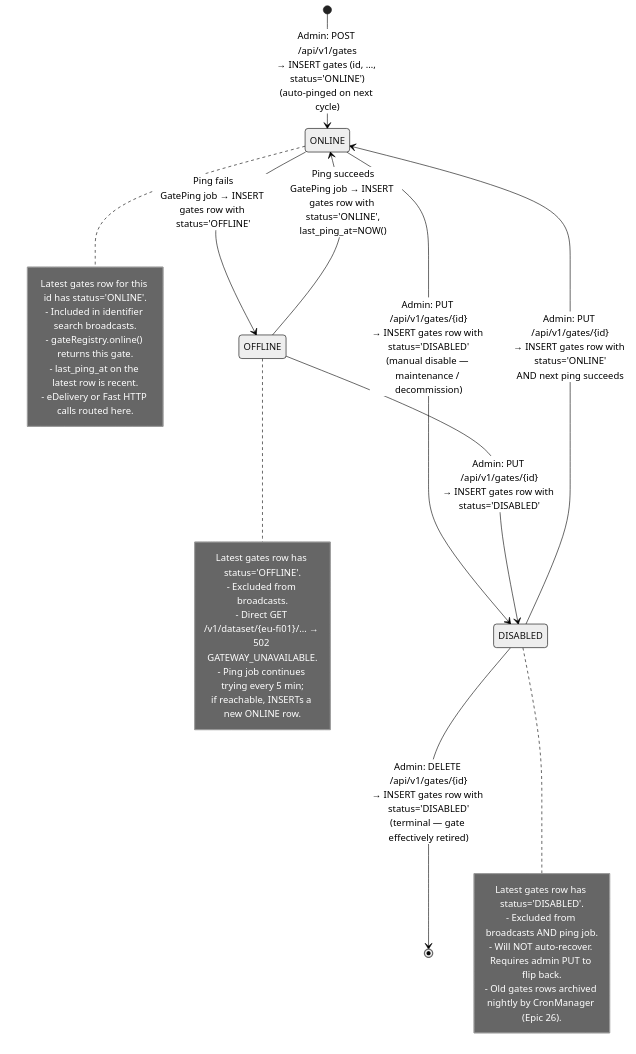
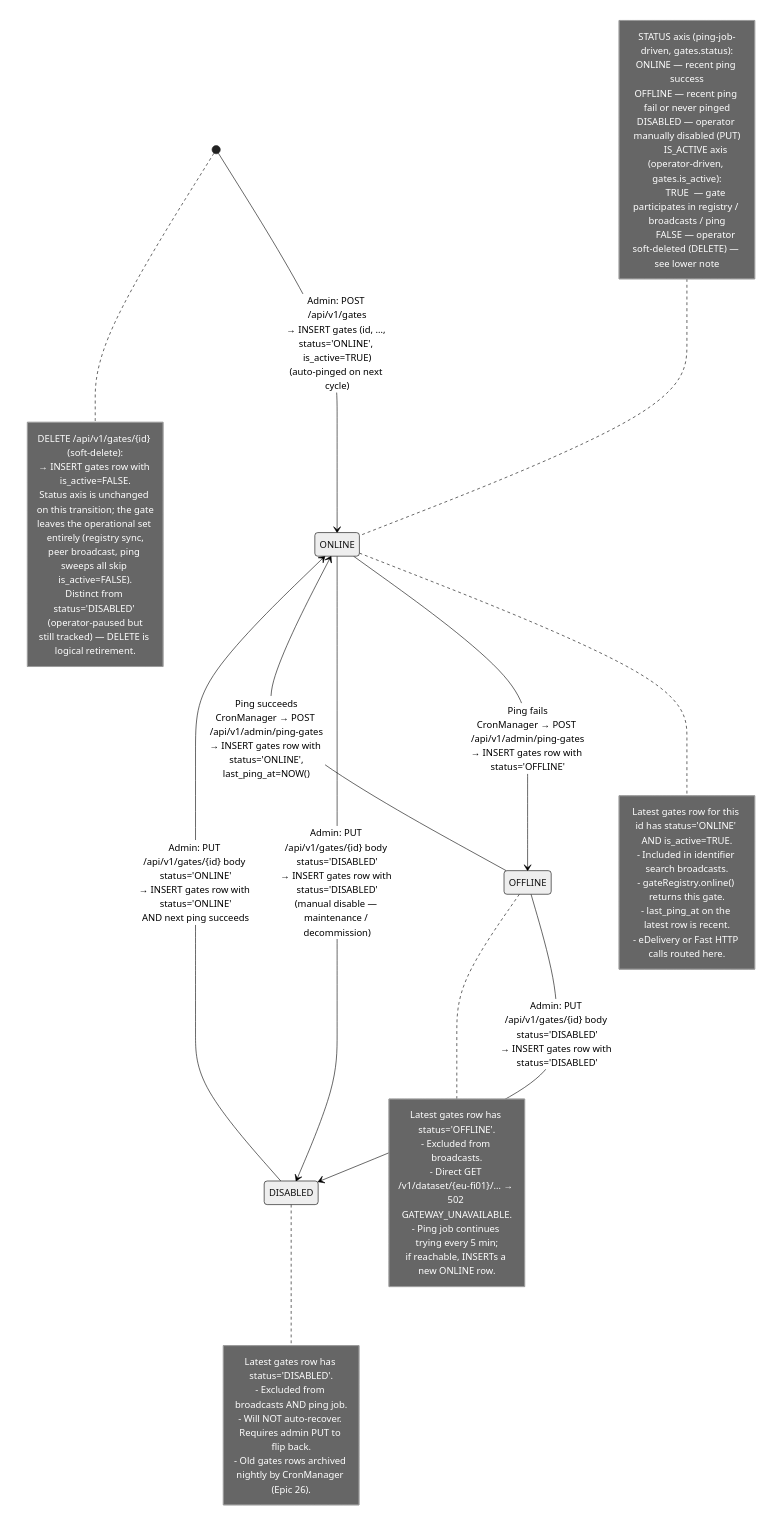
The diagram in docs/specs/diagrams/state-05-gate-health.mmd (kemit-ee/efti-gate-ee), drawn with Mermaid (neutral theme) before and after one commit. The commit also changed 26 other files, not shown here.

```diff
--- a/docs/specs/diagrams/state-05-gate-health.mmd
+++ b/docs/specs/diagrams/state-05-gate-health.mmd
@@ -1,37 +1,56 @@
 stateDiagram-v2
-    [*] --> ONLINE: Admin: POST /api/v1/gates<br/>→ INSERT gates (id, …, status='ONLINE')<br/>(auto-pinged on next cycle)
+    [*] --> ONLINE: Admin: POST /api/v1/gates<br/>→ INSERT gates (id, …, status='ONLINE', is_active=TRUE)<br/>(auto-pinged on next cycle)
 
-    ONLINE --> OFFLINE: Ping fails<br/>GatePing job → INSERT gates row with status='OFFLINE'
+    ONLINE --> OFFLINE: Ping fails<br/>CronManager → POST /api/v1/admin/ping-gates<br/>→ INSERT gates row with status='OFFLINE'
 
-    OFFLINE --> ONLINE: Ping succeeds<br/>GatePing job → INSERT gates row with status='ONLINE',<br/>last_ping_at=NOW()
+    OFFLINE --> ONLINE: Ping succeeds<br/>CronManager → POST /api/v1/admin/ping-gates<br/>→ INSERT gates row with status='ONLINE',<br/>last_ping_at=NOW()
 
-    ONLINE --> DISABLED: Admin: PUT /api/v1/gates/{id}<br/>→ INSERT gates row with status='DISABLED'<br/>(manual disable — maintenance / decommission)
+    ONLINE --> DISABLED: Admin: PUT /api/v1/gates/{id} body status='DISABLED'<br/>→ INSERT gates row with status='DISABLED'<br/>(manual disable — maintenance / decommission)
 
-    OFFLINE --> DISABLED: Admin: PUT /api/v1/gates/{id}<br/>→ INSERT gates row with status='DISABLED'
+    OFFLINE --> DISABLED: Admin: PUT /api/v1/gates/{id} body status='DISABLED'<br/>→ INSERT gates row with status='DISABLED'
 
-    DISABLED --> ONLINE: Admin: PUT /api/v1/gates/{id}<br/>→ INSERT gates row with status='ONLINE'<br/>AND next ping succeeds
+    DISABLED --> ONLINE: Admin: PUT /api/v1/gates/{id} body status='ONLINE'<br/>→ INSERT gates row with status='ONLINE'<br/>AND next ping succeeds
 
-    DISABLED --> [*]: Admin: DELETE /api/v1/gates/{id}<br/>→ INSERT gates row with status='DISABLED'<br/>(terminal — gate effectively retired)
+    note left of ONLINE
+        STATUS axis (ping-job-driven, gates.status):
+        ONLINE — recent ping success
+        OFFLINE — recent ping fail or never pinged
+        DISABLED — operator manually disabled (PUT)
+
+        IS_ACTIVE axis (operator-driven, gates.is_active):
+        TRUE  — gate participates in registry / broadcasts / ping
+        FALSE — operator soft-deleted (DELETE) — see lower note
+    end note
 
     note right of ONLINE
-        Latest gates row for this id has status='ONLINE'.
+        Latest gates row for this id has status='ONLINE' AND is_active=TRUE.
         - Included in identifier search broadcasts.
         - gateRegistry.online() returns this gate.
         - last_ping_at on the latest row is recent.
         - eDelivery or Fast HTTP calls routed here.
     end note
 
     note right of OFFLINE
         Latest gates row has status='OFFLINE'.
         - Excluded from broadcasts.
         - Direct GET /v1/dataset/{eu-fi01}/… → 502 GATEWAY_UNAVAILABLE.
         - Ping job continues trying every 5 min;
           if reachable, INSERTs a new ONLINE row.
     end note
 
     note right of DISABLED
         Latest gates row has status='DISABLED'.
         - Excluded from broadcasts AND ping job.
         - Will NOT auto-recover. Requires admin PUT to flip back.
         - Old gates rows archived nightly by CronManager (Epic 26).
     end note
+
+    note right of [*]
+        DELETE /api/v1/gates/{id} (soft-delete):
+        → INSERT gates row with is_active=FALSE.
+        Status axis is unchanged on this transition; the gate
+        leaves the operational set entirely (registry sync,
+        peer broadcast, ping sweeps all skip is_active=FALSE).
+        Distinct from status='DISABLED' (operator-paused but
+        still tracked) — DELETE is logical retirement.
+    end note
```
